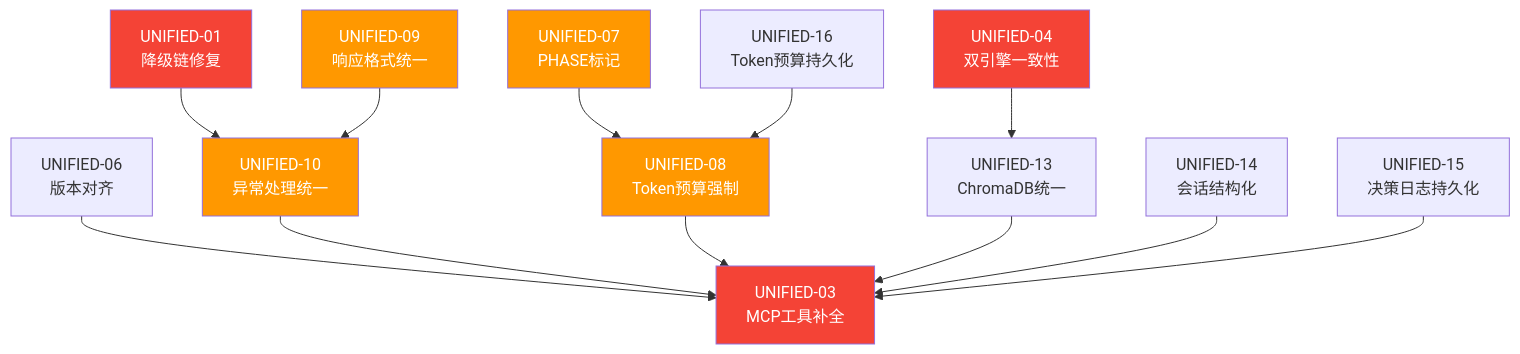
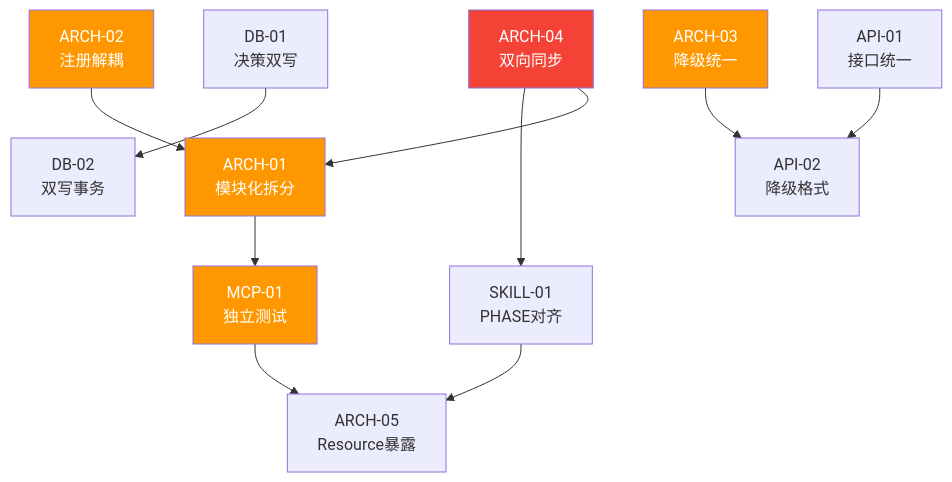
One commit to xuanyuanchumo/xuansto changed the fifth of 10 diagrams in docs/plan/REFACTOR_PLAN.md. Above: the diagram before and after it, drawn with Mermaid. The commit also changed other lines of this file and 8 other files, not shown here.

````diff
--- a/docs/plan/REFACTOR_PLAN.md
+++ b/docs/plan/REFACTOR_PLAN.md
@@ -322,35 +302,30 @@
 ```mermaid
 graph TD
-    U01["UNIFIED-01<br/>降级链修复"]
-    U04["UNIFIED-04<br/>双引擎一致性"]
-    U06["UNIFIED-06<br/>版本对齐"]
-    U09["UNIFIED-09<br/>响应格式统一"]
-    U10["UNIFIED-10<br/>异常处理统一"]
-    U07["UNIFIED-07<br/>PHASE标记"]
-    U08["UNIFIED-08<br/>Token预算强制"]
-    U03["UNIFIED-03<br/>MCP工具补全"]
-    U13["UNIFIED-13<br/>ChromaDB统一"]
-    U14["UNIFIED-14<br/>会话结构化"]
-    U15["UNIFIED-15<br/>决策日志持久化"]
-    U16["UNIFIED-16<br/>Token预算持久化"]
+    A04["ARCH-04<br/>双向同步"]
+    A01["ARCH-01<br/>模块化拆分"]
+    A02["ARCH-02<br/>注册解耦"]
+    A03["ARCH-03<br/>降级统一"]
+    M01["MCP-01<br/>独立测试"]
+    S01["SKILL-01<br/>PHASE对齐"]
+    A05["ARCH-05<br/>Resource暴露"]
+    D01["DB-01<br/>决策双写"]
+    D02["DB-02<br/>双写事务"]
+    AP01["API-01<br/>接口统一"]
+    AP02["API-02<br/>降级格式"]
 
-    U01 --> U10
-    U09 --> U10
-    U04 --> U13
-    U06 --> U03
-    U07 --> U08
-    U10 --> U03
-    U08 --> U03
-    U13 --> U03
-    U14 --> U03
-    U15 --> U03
-    U16 --> U08
+    A02 --> A01
+    A01 --> M01
+    A03 --> AP02
+    A04 --> S01
+    A04 --> A01
+    M01 --> A05
+    S01 --> A05
+    D01 --> D02
+    AP01 --> AP02
 
-    style U01 fill:#F44336,color:#fff
-    style U03 fill:#F44336,color:#fff
-    style U04 fill:#F44336,color:#fff
-    style U07 fill:#FF9800,color:#fff
-    style U08 fill:#FF9800,color:#fff
-    style U09 fill:#FF9800,color:#fff
-    style U10 fill:#FF9800,color:#fff
+    style A04 fill:#F44336,color:#fff
+    style A01 fill:#FF9800,color:#fff
+    style A02 fill:#FF9800,color:#fff
+    style A03 fill:#FF9800,color:#fff
+    style M01 fill:#FF9800,color:#fff
 ```
````
